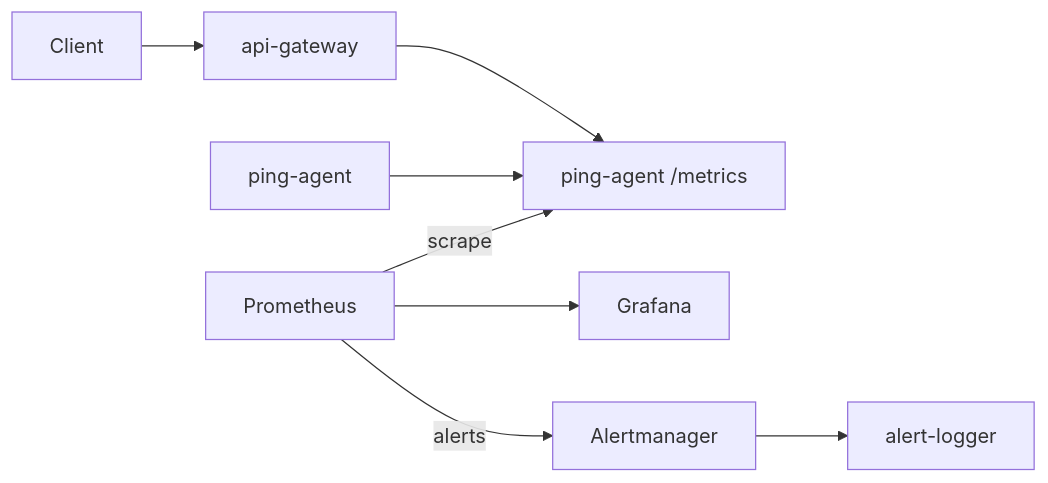
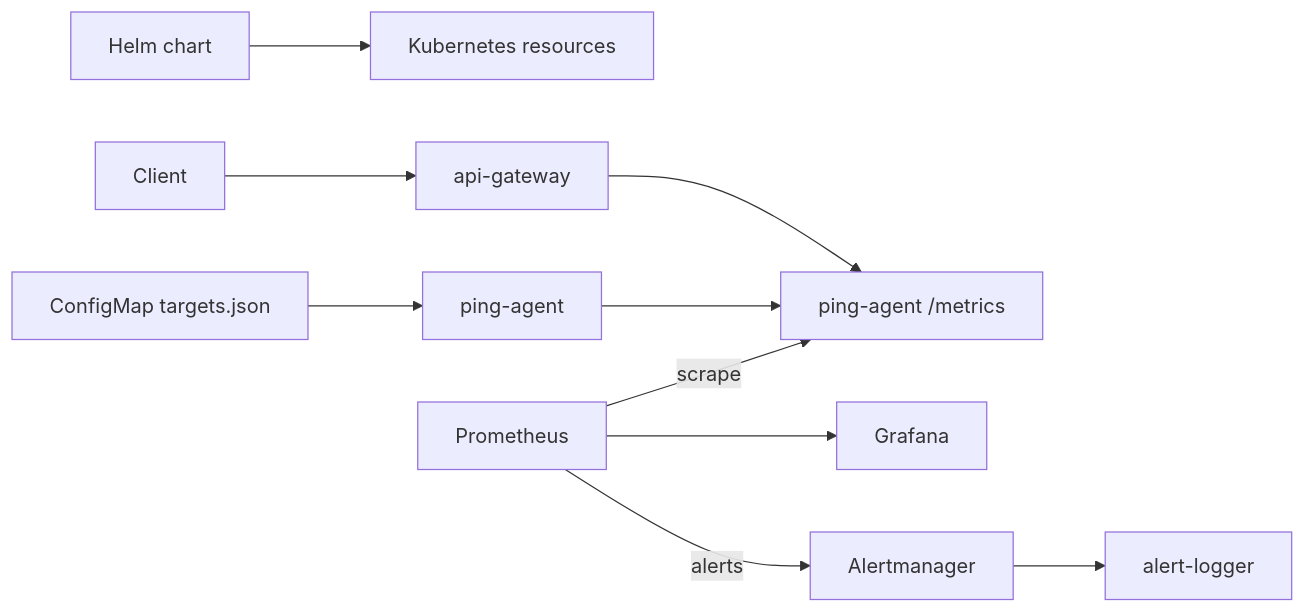
The diagram in README.md (fattah247/UpTimePulse), drawn with Mermaid before and after one commit. The commit also changed other lines of this file, not shown here.

Commit message:
docs: document Helm targets config and troubleshooting

````diff
--- a/README.md
+++ b/README.md
@@ -35,10 +35,12 @@
 ```mermaid
 flowchart LR
+  helm[Helm chart] --> k8s[Kubernetes resources]
+  targets[ConfigMap targets.json] --> ping
   client[Client] --> api[api-gateway]
   api --> metrics[ping-agent /metrics]
   ping[ping-agent] --> metrics
   prom[Prometheus] --> grafana[Grafana]
   prom -->|scrape| metrics
   alert[Alertmanager] --> logger[alert-logger]
   prom -->|alerts| alert
 ```
````
